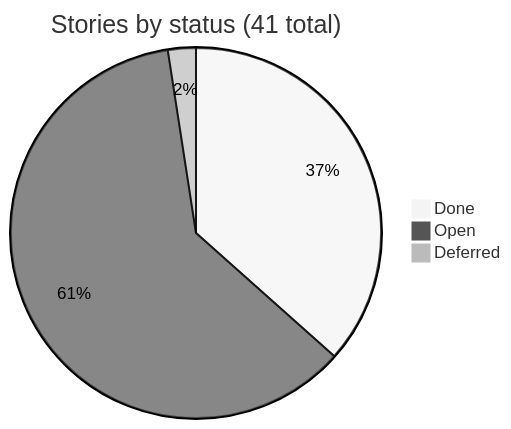
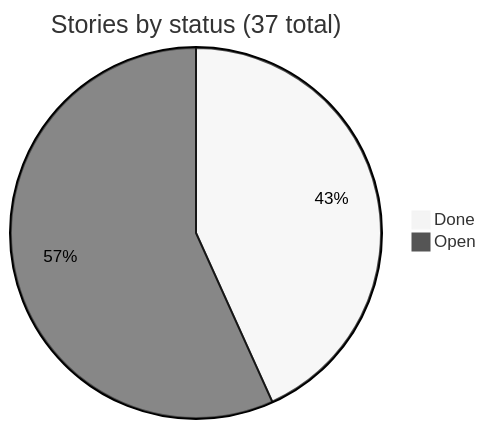
Before and after one commit to Cherrpxp/extractlab: the diagram in docs/developments/04_stories.md, drawn with Mermaid (neutral theme). The commit also changed other lines of this file and 9 other files, not shown here.

````diff
--- a/docs/developments/04_stories.md
+++ b/docs/developments/04_stories.md
@@ -6,6 +6,5 @@
 ```mermaid
-pie title Stories by status (41 total)
-    "Done" : 15
-    "Open" : 25
-    "Deferred" : 1
+pie title Stories by status (37 total)
+    "Done" : 16
+    "Open" : 21
 ```
````
